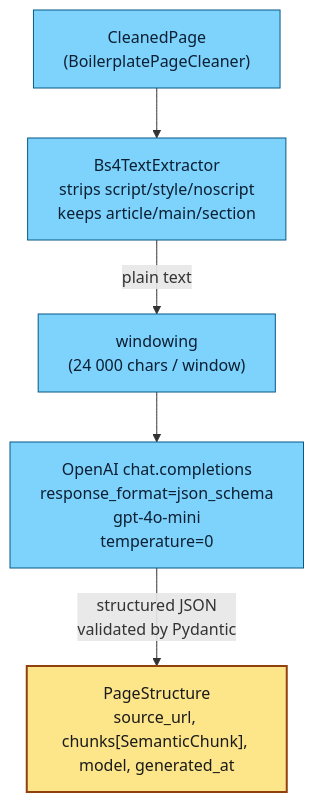
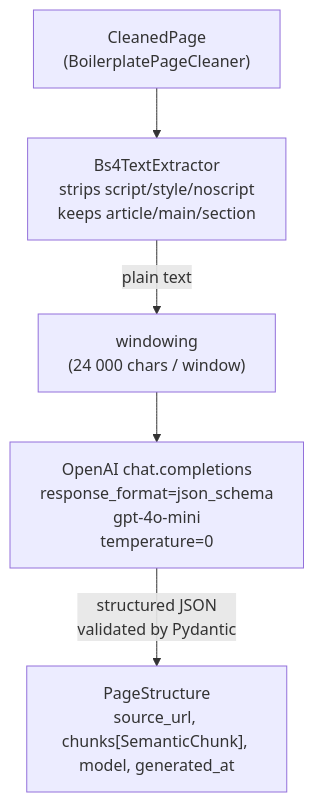
The fourth of 7 diagrams in docs/architecture/architecture.md (bruj0/support-agent), drawn with Mermaid before and after one commit. The commit also changed other lines of this file and 11 other files, not shown here.

First line of the commit message:
fix(docs): revert all Mermaid classDef overrides; use default theme

````diff
--- a/docs/architecture/architecture.md
+++ b/docs/architecture/architecture.md
@@ -449,12 +434,8 @@
 ```mermaid
 flowchart TB
     CLEAN["CleanedPage<br/>(BoilerplatePageCleaner)"] --> BS4["Bs4TextExtractor<br/>strips script/style/noscript<br/>keeps article/main/section"]
     BS4 -->|"plain text"| WINDOW["windowing<br/>(24 000 chars / window)"]
     WINDOW --> LLM["OpenAI chat.completions<br/>response_format=json_schema<br/>gpt-4o-mini<br/>temperature=0"]
     LLM -->|"structured JSON<br/>validated by Pydantic"| PS["PageStructure<br/>source_url, chunks[SemanticChunk], model, generated_at"]
 
-    classDef stage fill:#7dd3fc,stroke:#075985,stroke-width:1px,color:#0c1f33;
-    classDef out fill:#fde68a,stroke:#92400e,stroke-width:2px,color:#1a1a1a;
-    class CLEAN,BS4,WINDOW,LLM stage;
-    class PS out;
 ```
````
